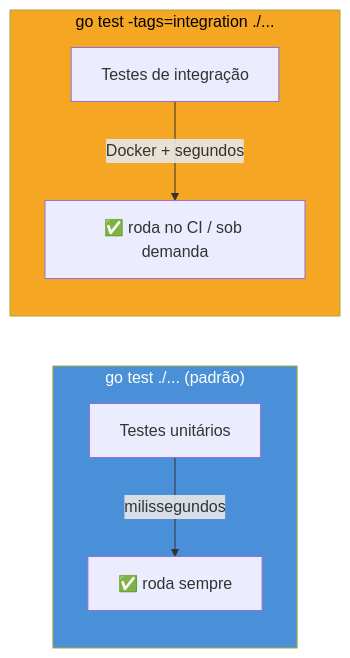
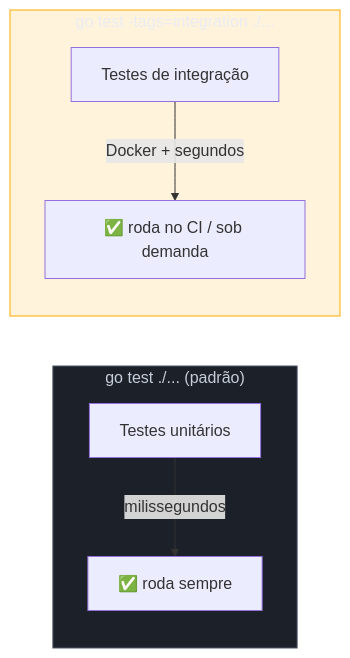
The first of 3 diagrams in 03-Dominios/Tecnologia/Go/15 - Testes/05 - Testes de integração.md (josenaldo/codex-technomanticus), drawn with Mermaid before and after one commit. The commit also changed other lines of this file and 1181 other files, not shown here.

First line of the commit message:
fix(diagramas): paleta do sistema no lugar de cor cravada no markdown

````diff
--- a/03-Dominios/Tecnologia/Go/15 - Testes/05 - Testes de integração.md
+++ b/03-Dominios/Tecnologia/Go/15 - Testes/05 - Testes de integração.md
@@ -30,12 +30,14 @@
 ```mermaid
 flowchart LR
+    classDef neutro fill:#1B2029,stroke:#4E5666,color:#C6CCD8
+    classDef destaque fill:#FFAA0024,stroke:#FFAA00,color:#E9ECF2
     subgraph Rapido["go test ./... (padrão)"]
         U1["Testes unitários"] -->|"milissegundos"| R1["✅ roda sempre"]
     end
     subgraph Lento["go test -tags=integration ./..."]
         I1["Testes de integração"] -->|"Docker + segundos"| R2["✅ roda no CI / sob demanda"]
     end
 
-    style Rapido fill:#4A90D9,color:#fff
-    style Lento fill:#F5A623,color:#000
+    class Rapido neutro
+    class Lento destaque
 ```
````
